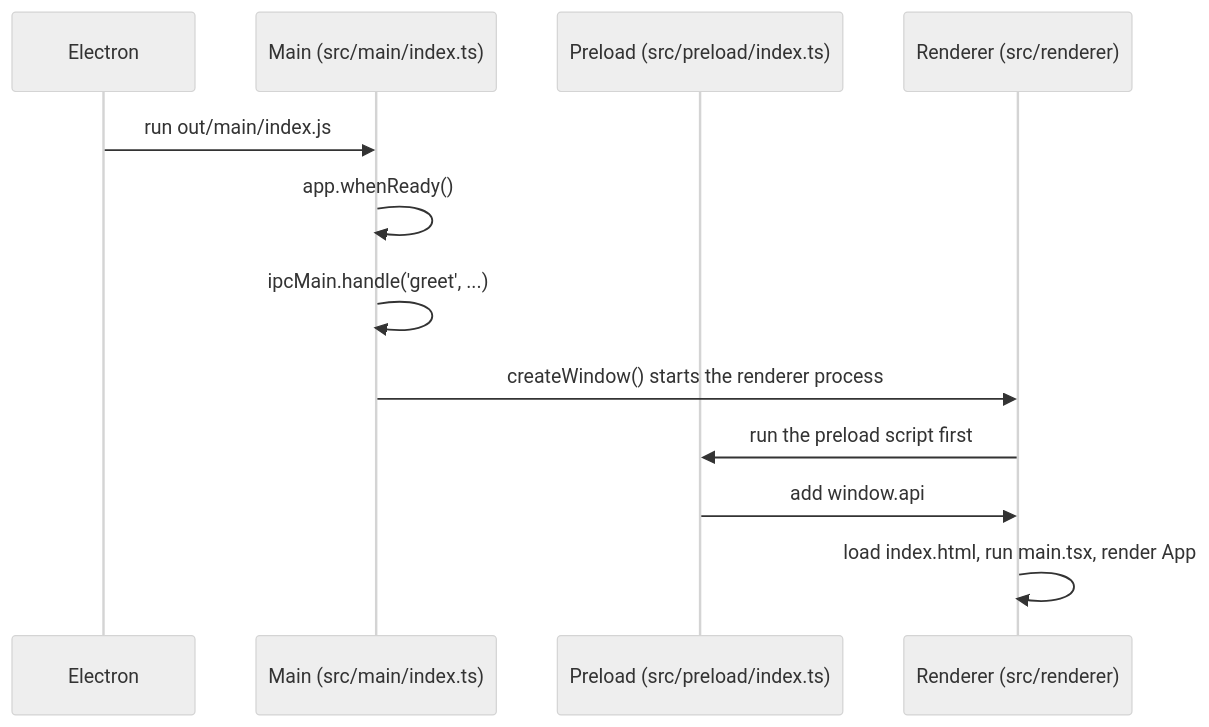
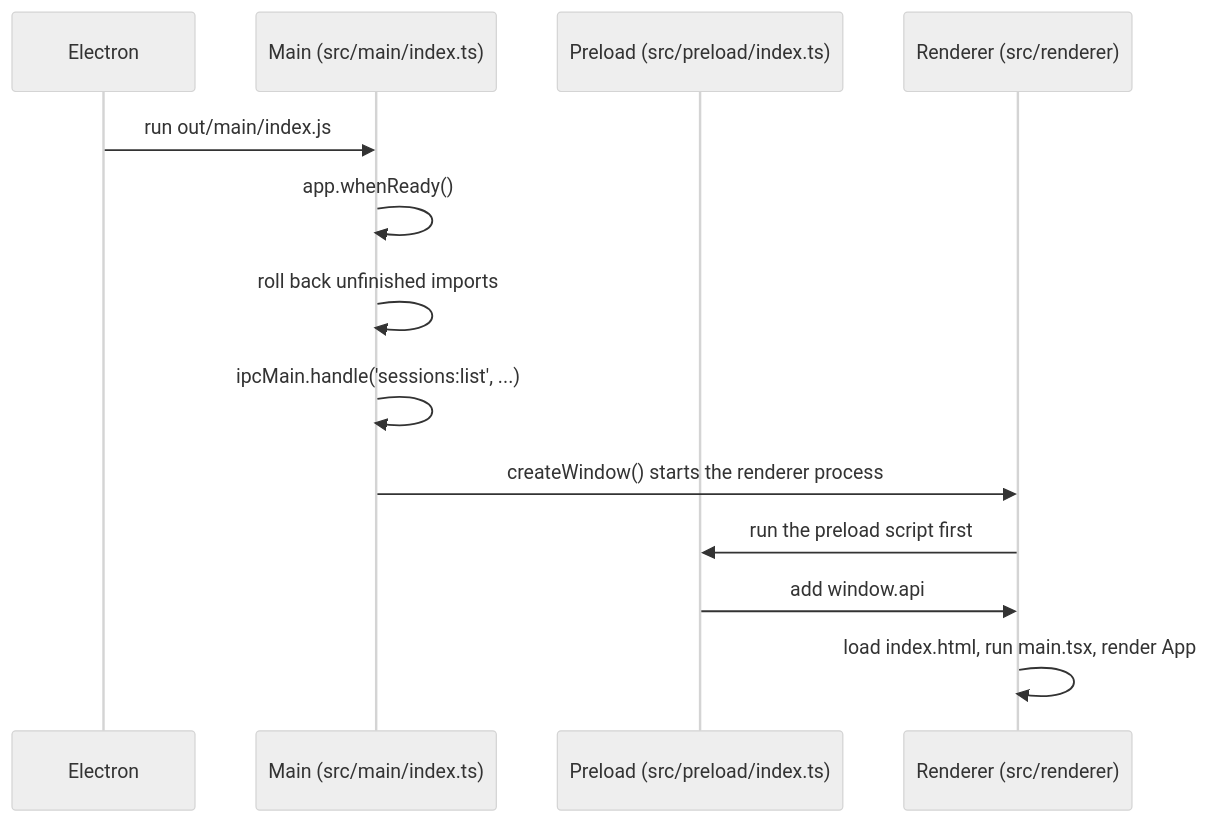
Before and after one commit to karlhsueh/agent-session-mover: the third of 4 diagrams in docs/how-it-works.md, drawn with Mermaid (neutral theme). The commit also changed other lines of this file and 1 other file, not shown here.

First line of the commit message:
docs(app): trace listSessions instead of greet and describe the session UI

````diff
--- a/docs/how-it-works.md
+++ b/docs/how-it-works.md
@@ -47,14 +47,15 @@
 ```mermaid
 sequenceDiagram
   participant E as Electron
   participant M as Main (src/main/index.ts)
   participant P as Preload (src/preload/index.ts)
   participant R as Renderer (src/renderer)
   E->>M: run out/main/index.js
   M->>M: app.whenReady()
-  M->>M: ipcMain.handle('greet', ...)
+  M->>M: roll back unfinished imports
+  M->>M: ipcMain.handle('sessions:list', ...)
   M->>R: createWindow() starts the renderer process
   R->>P: run the preload script first
   P->>R: add window.api
   R->>R: load index.html, run main.tsx, render App
 ```
````
